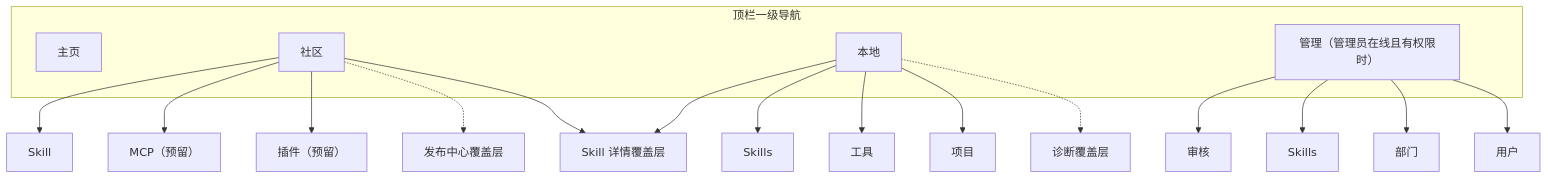
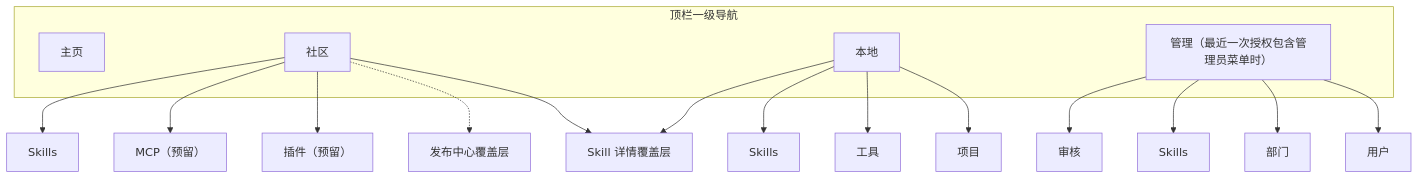
Before and after one commit to HaibinZhang1/EnterpriseAgentHub: the first of 4 diagrams in docs/RequirementDocument/06_page_architecture.md, drawn with Mermaid. The commit also changed other lines of this file and 133 other files, not shown here.

````diff
--- a/docs/RequirementDocument/06_page_architecture.md
+++ b/docs/RequirementDocument/06_page_architecture.md
@@ -89,27 +93,25 @@
 ```mermaid
 graph TD
     subgraph 顶栏一级导航
         HOME["主页"]
         COMMUNITY["社区"]
         LOCAL["本地"]
-        MANAGE["管理（管理员在线且有权限时）"]
+        MANAGE["管理（最近一次授权包含管理员菜单时）"]
     end
 
-    COMMUNITY --> C1["Skill"]
+    COMMUNITY --> C1["Skills"]
     COMMUNITY --> C2["MCP（预留）"]
     COMMUNITY --> C3["插件（预留）"]
     COMMUNITY -.-> PUBLISH["发布中心覆盖层"]
 
     LOCAL --> L1["Skills"]
     LOCAL --> L2["工具"]
     LOCAL --> L3["项目"]
-    LOCAL -.-> DIAG["诊断覆盖层"]
-
     MANAGE --> M1["审核"]
     MANAGE --> M2["Skills"]
     MANAGE --> M3["部门"]
     MANAGE --> M4["用户"]
 
     COMMUNITY --> DETAIL["Skill 详情覆盖层"]
     LOCAL --> DETAIL
 ```
````
